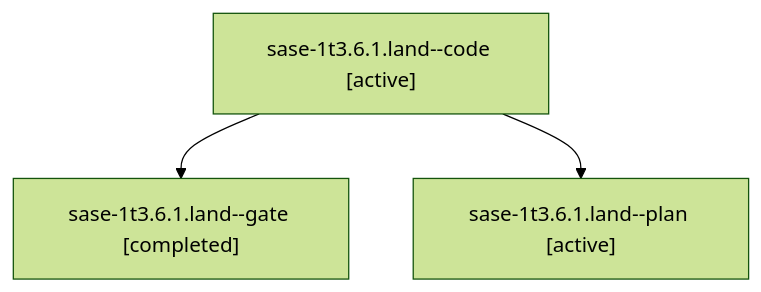
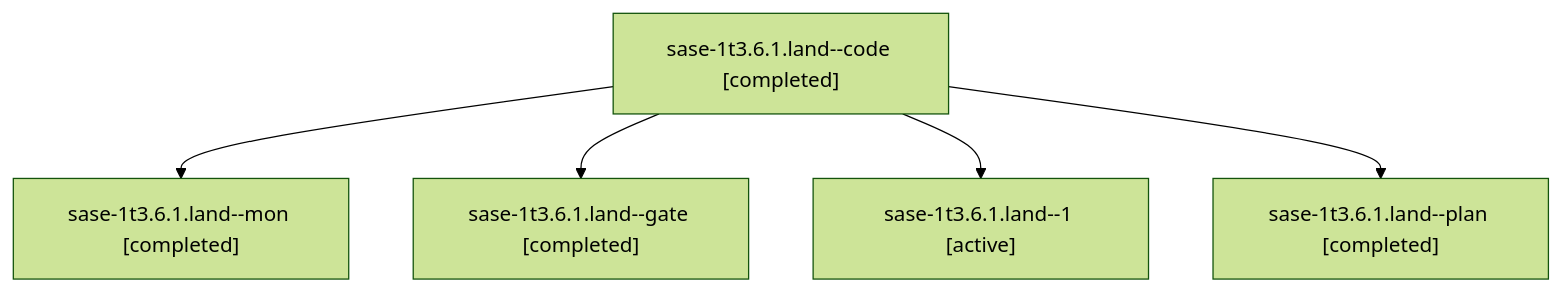
The diagram in sessions/bbugyi200.athena.sase-1t3.6.1.land.md (sase-org/sase--agents), drawn with Mermaid (forest theme) before and after one commit. The commit also changed other lines of this file and 118 other files, not shown here.

````diff
--- a/sessions/bbugyi200.athena.sase-1t3.6.1.land.md
+++ b/sessions/bbugyi200.athena.sase-1t3.6.1.land.md
@@ -9,8 +9,12 @@
 ```mermaid
 flowchart TD
-  n0["sase-1t3.6.1.land--code [active]"]
-  n1["sase-1t3.6.1.land--gate [completed]"]
+  n0["sase-1t3.6.1.land--code [completed]"]
+  n1["sase-1t3.6.1.land--mon [completed]"]
   n0 --> n1
-  n2["sase-1t3.6.1.land--plan [active]"]
+  n2["sase-1t3.6.1.land--gate [completed]"]
   n0 --> n2
+  n3["sase-1t3.6.1.land--1 [active]"]
+  n0 --> n3
+  n4["sase-1t3.6.1.land--plan [completed]"]
+  n0 --> n4
 ```
````
